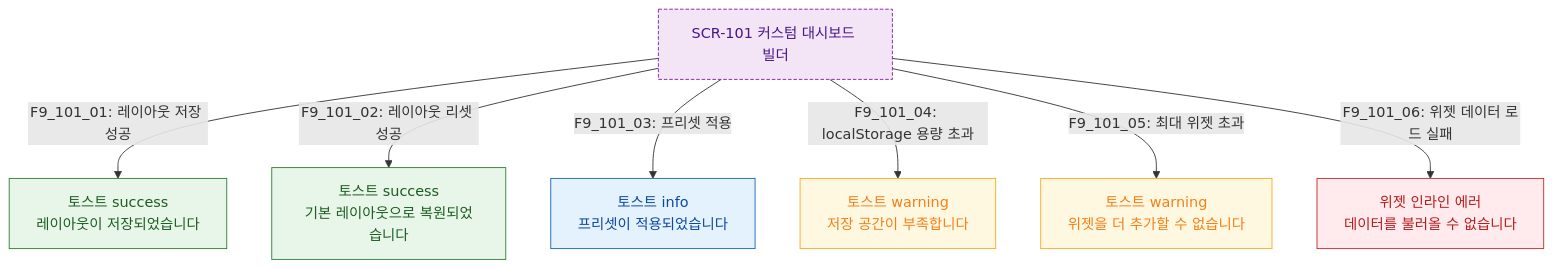
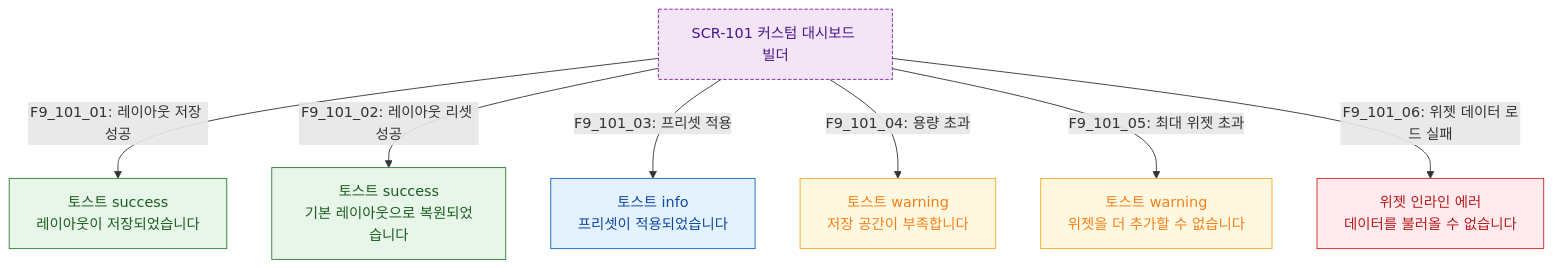
The diagram in docs/다이어그램/D10_본사관리/SCR-101_커스텀대시보드빌더/F9_토스트피드백.md (dev-spogym/admin-pando), drawn with Mermaid before and after one commit. The commit also changed other lines of this file and 1660 other files, not shown here.

First line of the commit message:
다이어그램: 기획자/클라이언트 납품본으로 정리

````diff
--- a/docs/다이어그램/D10_본사관리/SCR-101_커스텀대시보드빌더/F9_토스트피드백.md
+++ b/docs/다이어그램/D10_본사관리/SCR-101_커스텀대시보드빌더/F9_토스트피드백.md
@@ -14,25 +12,25 @@
 ```mermaid
 flowchart TD
     SCR101[SCR-101 커스텀 대시보드 빌더]
 
-    SCR101 -->|"F9_101_01: 레이아웃 저장 성공"| T_SaveOK[토스트 success\n레이아웃이 저장되었습니다]
-    SCR101 -->|"F9_101_02: 레이아웃 리셋 성공"| T_ResetOK[토스트 success\n기본 레이아웃으로 복원되었습니다]
-    SCR101 -->|"F9_101_03: 프리셋 적용"| T_PresetOK[토스트 info\n프리셋이 적용되었습니다]
+    SCR101 -->|"F9_101_01: 레이아웃 저장 성공"|T_SaveOK[토스트 success\n레이아웃이 저장되었습니다]
+    SCR101 -->|"F9_101_02: 레이아웃 리셋 성공"|T_ResetOK[토스트 success\n기본 레이아웃으로 복원되었습니다]
+    SCR101 -->|"F9_101_03: 프리셋 적용"|T_PresetOK[토스트 info\n프리셋이 적용되었습니다]
 
-    SCR101 -->|"F9_101_04: localStorage 용량 초과"| T_Storage[토스트 warning\n저장 공간이 부족합니다]
-    SCR101 -->|"F9_101_05: 최대 위젯 초과"| T_MaxWidgets[토스트 warning\n위젯을 더 추가할 수 없습니다]
+    SCR101 -->|"F9_101_04: 용량 초과"|T_Storage[토스트 warning\n저장 공간이 부족합니다]
+    SCR101 -->|"F9_101_05: 최대 위젯 초과"|T_MaxWidgets[토스트 warning\n위젯을 더 추가할 수 없습니다]
 
-    SCR101 -->|"F9_101_06: 위젯 데이터 로드 실패"| T_WidgetFail[위젯 인라인 에러\n데이터를 불러올 수 없습니다]
+    SCR101 -->|"F9_101_06: 위젯 데이터 로드 실패"|T_WidgetFail[위젯 인라인 에러\n데이터를 불러올 수 없습니다]
 
     classDef screen fill:#E3F2FD,stroke:#1976D2,color:#0D47A1
     classDef newFeature fill:#F3E5F5,stroke:#7B1FA2,color:#4A148C,stroke-dasharray:4 2
     classDef success fill:#E8F5E9,stroke:#2E7D32,color:#1B5E20
     classDef info fill:#E3F2FD,stroke:#1565C0,color:#0D47A1
     classDef warning fill:#FFF8E1,stroke:#F9A825,color:#F57F17
     classDef error fill:#FFEBEE,stroke:#C62828,color:#B71C1C
     class SCR101 newFeature
     class T_SaveOK,T_ResetOK success
     class T_PresetOK info
     class T_Storage,T_MaxWidgets warning
     class T_WidgetFail error
 ```
````
